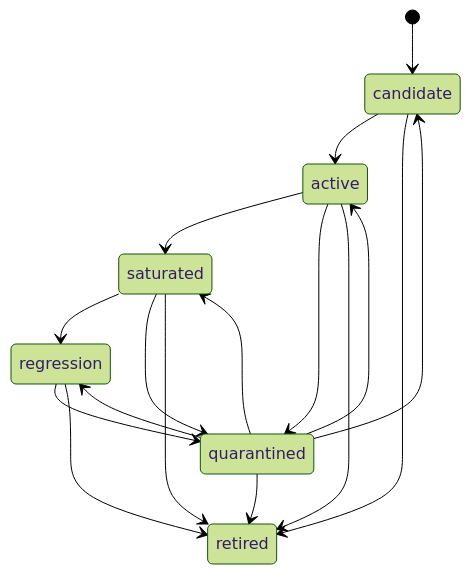
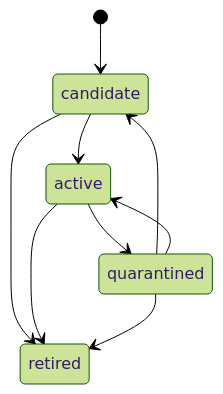
Before and after one commit to mingazhev/agent-evals-standard: the second of 2 diagrams in standard/standard.md, drawn with Mermaid (forest theme). The commit also changed other lines of this file and 111 other files, not shown here.

````diff
--- a/standard/standard.md
+++ b/standard/standard.md
@@ -819,19 +666,11 @@
 ```mermaid
 stateDiagram-v2
   [*] --> candidate
   candidate --> active
   candidate --> retired
-  active --> saturated
   active --> quarantined
   active --> retired
-  saturated --> regression
-  saturated --> quarantined
-  saturated --> retired
-  regression --> quarantined
-  regression --> retired
   quarantined --> candidate
   quarantined --> active
-  quarantined --> saturated
-  quarantined --> regression
   quarantined --> retired
 ```
````
